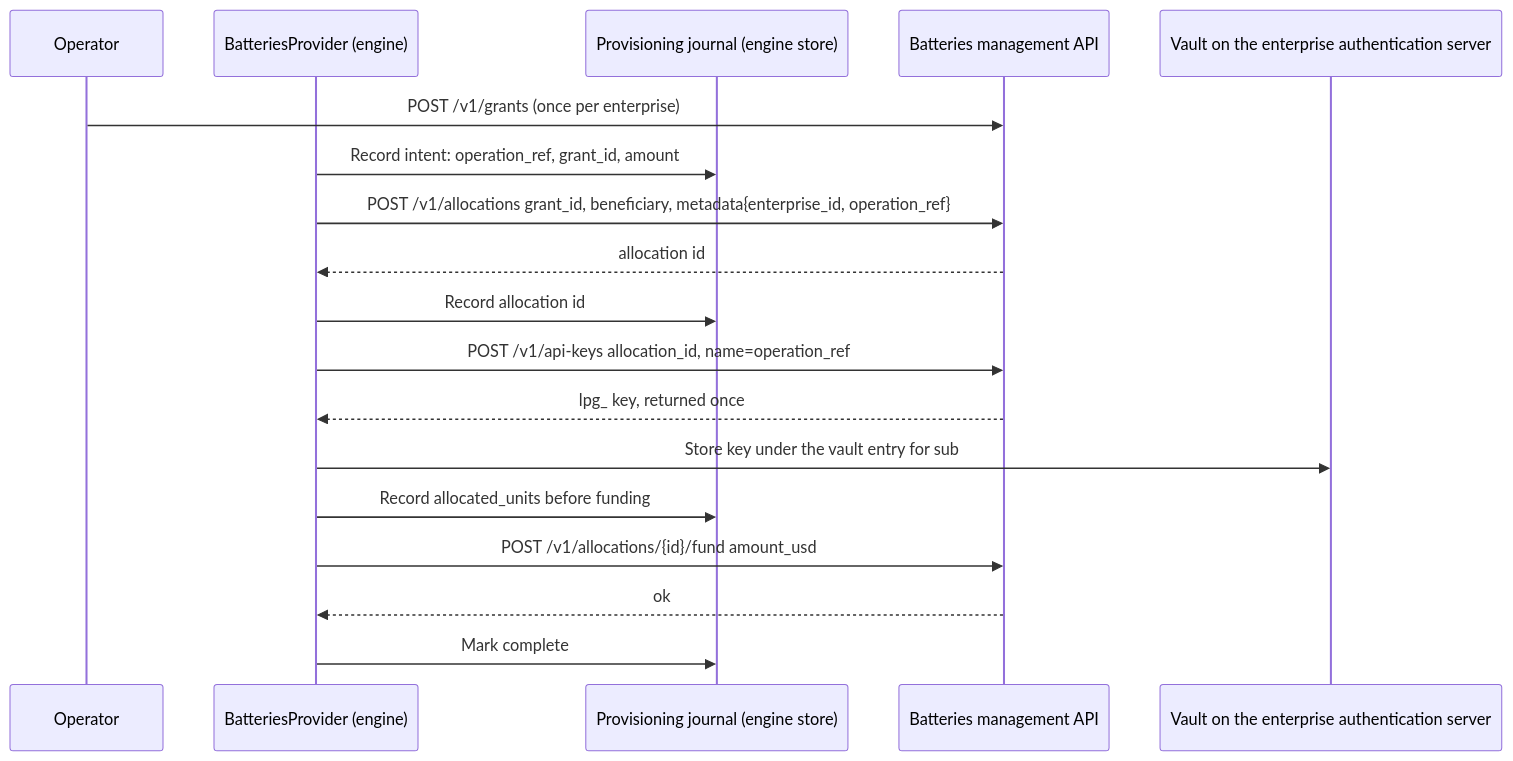
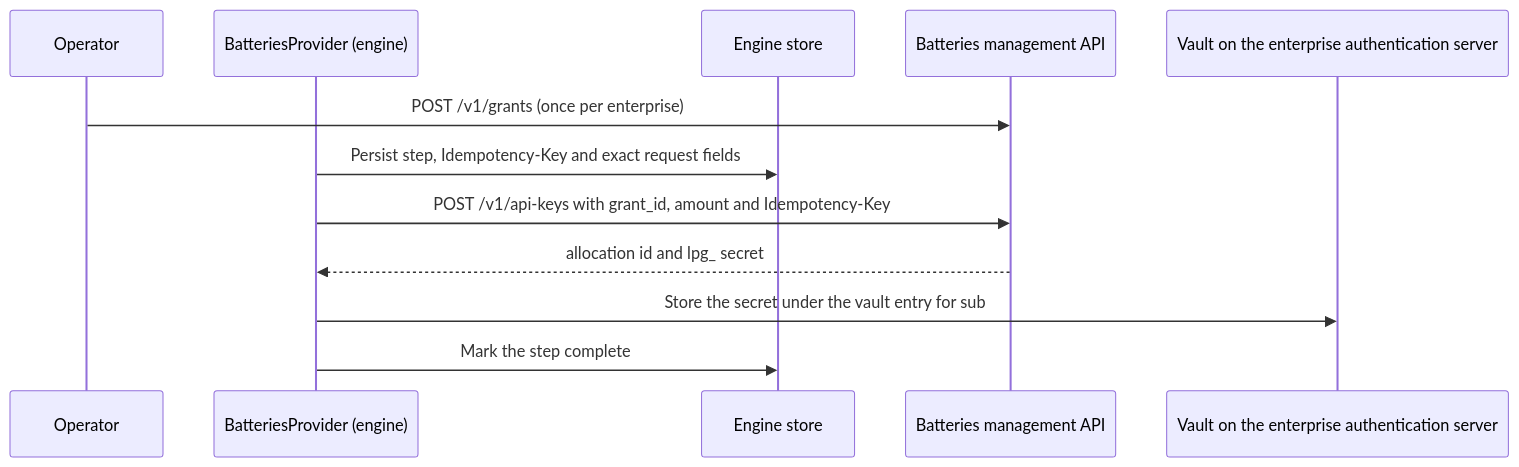
The diagram in docs/design-docs/batteries-management-integration.md (eliteprox/Network-Engineering-SPE), drawn with Mermaid before and after one commit. The commit also changed other lines of this file and 6 other files, not shown here.

````diff
--- a/docs/design-docs/batteries-management-integration.md
+++ b/docs/design-docs/batteries-management-integration.md
@@ -79,20 +93,14 @@
 ```mermaid
 sequenceDiagram
     participant Op as Operator
     participant P as BatteriesProvider (engine)
-    participant J as Provisioning journal (engine store)
+    participant J as Engine store
     participant B as Batteries management API
     participant V as Vault on the enterprise authentication server
     Op->>B: POST /v1/grants (once per enterprise)
-    P->>J: Record intent: operation_ref, grant_id, amount
-    P->>B: POST /v1/allocations grant_id, beneficiary, metadata{enterprise_id, operation_ref}
-    B-->>P: allocation id
-    P->>J: Record allocation id
-    P->>B: POST /v1/api-keys allocation_id, name=operation_ref
-    B-->>P: lpg_ key, returned once
-    P->>V: Store key under the vault entry for sub
-    P->>J: Record allocated_units before funding
-    P->>B: POST /v1/allocations/{id}/fund amount_usd
-    B-->>P: ok
-    P->>J: Mark complete
+    P->>J: Persist step, Idempotency-Key and exact request fields
+    P->>B: POST /v1/api-keys with grant_id, amount and Idempotency-Key
+    B-->>P: allocation id and lpg_ secret
+    P->>V: Store the secret under the vault entry for sub
+    P->>J: Mark the step complete
 ```
````
